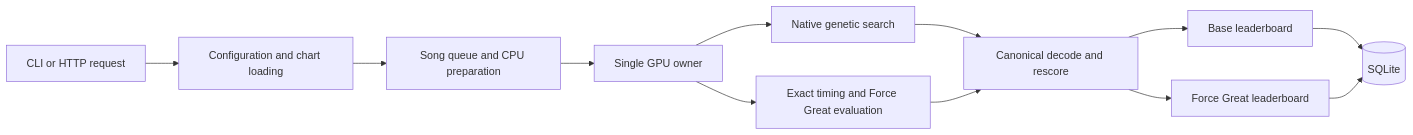
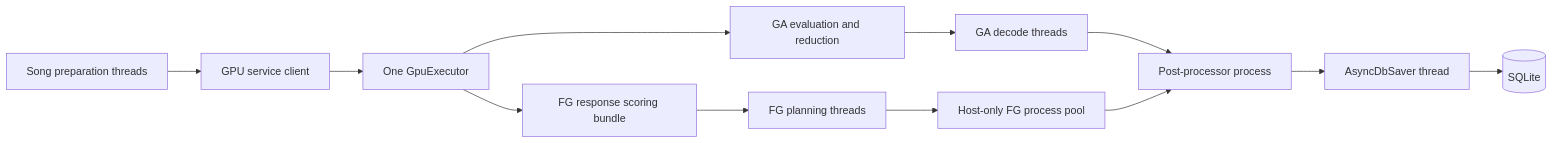
Before and after one commit to TheBaconactor/RoBeats-Calculator-Engine: the second of 3 diagrams in docs/ARCHITECTURE.md, drawn with Mermaid. The commit also changed other lines of this file and 28 other files, not shown here.

Commit message:
Align architecture docs and maintained tooling

````diff
--- a/docs/ARCHITECTURE.md
+++ b/docs/ARCHITECTURE.md
@@ -9,14 +60,14 @@
 ```mermaid
 flowchart LR
-    A["CLI or HTTP request"] --> B["Configuration and chart loading"]
-    B --> C["Song queue and CPU preparation"]
-    C --> D["Single GPU owner"]
-    D --> E["Native genetic search"]
-    D --> F["Exact timing and Force Great evaluation"]
-    E --> G["Canonical decode and rescore"]
-    F --> G
-    G --> H["Base leaderboard"]
-    G --> I["Force Great leaderboard"]
-    H --> J[("SQLite")]
-    I --> J
+    A["Song preparation threads"] --> B["GPU service client"]
+    B --> C["One GpuExecutor"]
+    C --> D["GA evaluation and reduction"]
+    C --> E["FG response scoring bundle"]
+    D --> F["GA decode threads"]
+    E --> G["FG planning threads"]
+    G --> H["Host-only FG process pool"]
+    F --> I["Post-processor process"]
+    H --> I
+    I --> J["AsyncDbSaver thread"]
+    J --> K[("SQLite")]
 ```
````
